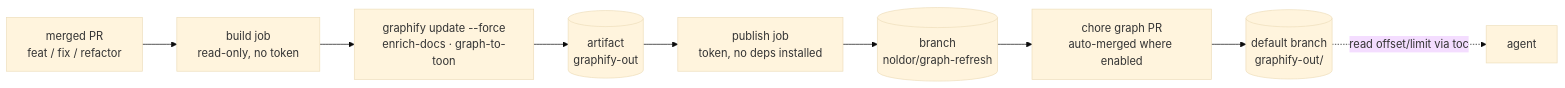
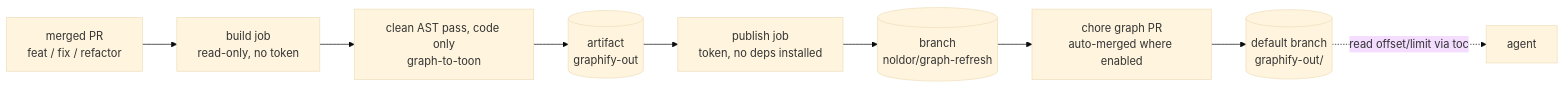
Before and after one commit to davidzoufaly/noldor: the diagram in docs/features/self-refreshing-compact-knowledge-graph.md, drawn with Mermaid (base theme). The commit also changed other lines of this file and 3 other files, not shown here.

````diff
--- a/docs/features/self-refreshing-compact-knowledge-graph.md
+++ b/docs/features/self-refreshing-compact-knowledge-graph.md
@@ -34,11 +34,11 @@
 ```mermaid
 flowchart LR
   M[merged PR<br/>feat / fix / refactor] --> B[build job<br/>read-only, no token]
-  B --> G[graphify update --force<br/>enrich-docs · graph-to-toon]
+  B --> G[clean AST pass, code only<br/>graph-to-toon]
   G --> A[(artifact<br/>graphify-out)]
   A --> P[publish job<br/>token, no deps installed]
   P --> R[(branch<br/>noldor/graph-refresh)]
   R --> Q[chore graph PR<br/>auto-merged where enabled]
   Q --> D[(default branch<br/>graphify-out/)]
   D -.read offset/limit via toc.-> Z[agent]
 ```
````
